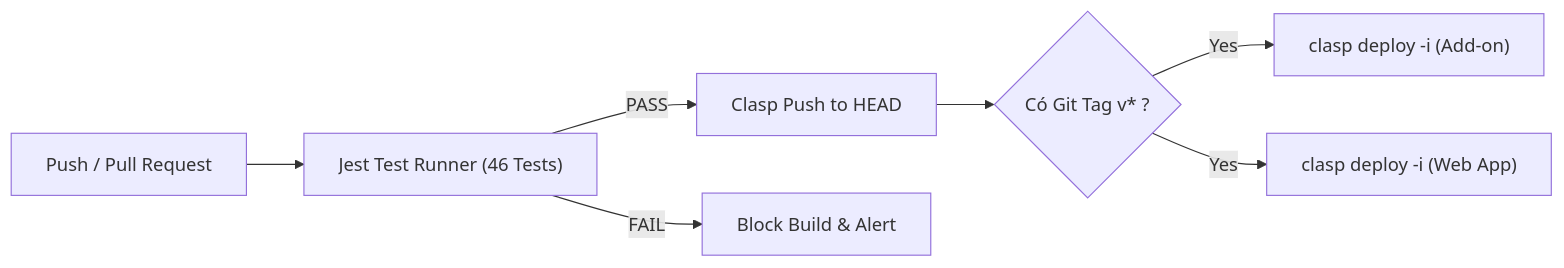
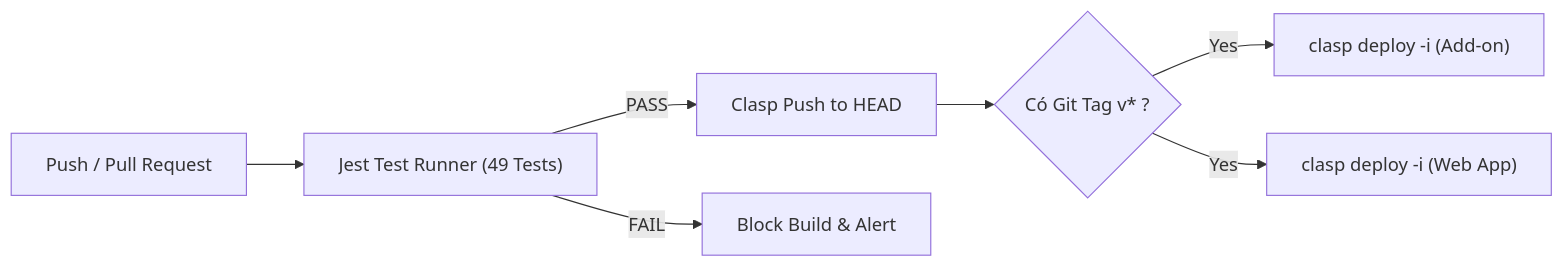
One commit to TrongShuKi/mailmerge changed the diagram in README.md. Above: the diagram before and after it, drawn with Mermaid. The commit also changed other lines of this file and 6 other files, not shown here.

````diff
--- a/README.md
+++ b/README.md
@@ -59,9 +59,9 @@
 ```mermaid
 graph LR
-    A["Push / Pull Request"] --> B["Jest Test Runner (46 Tests)"]
+    A["Push / Pull Request"] --> B["Jest Test Runner (49 Tests)"]
     B -->|PASS| C["Clasp Push to HEAD"]
     B -->|FAIL| D["Block Build & Alert"]
     C --> E{"Có Git Tag v* ?"}
     E -->|Yes| F["clasp deploy -i (Add-on)"]
     E -->|Yes| G["clasp deploy -i (Web App)"]
 ```
````
